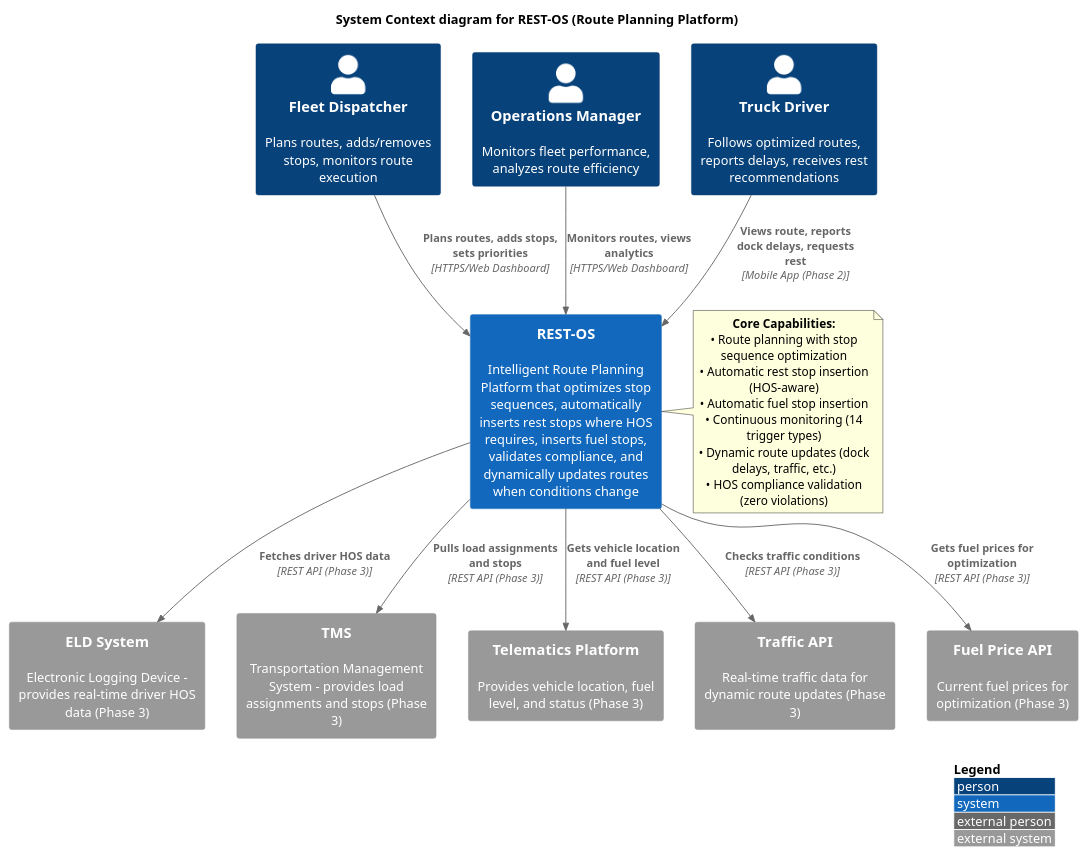
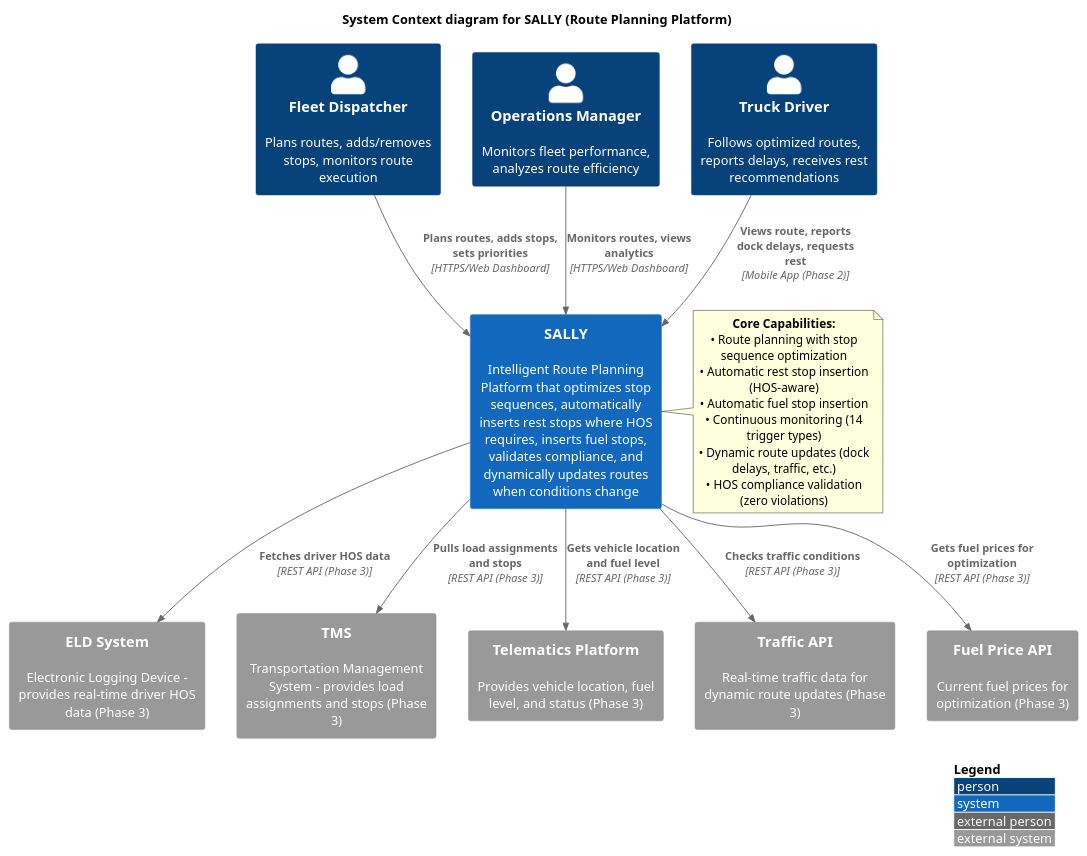
Before and after one commit to app-shore/sally: the diagram in .docs/architecture/c4-level1-context.puml, drawn with PlantUML. The commit also changed 38 other files, not shown here.

```diff
--- a/.docs/architecture/c4-level1-context.puml
+++ b/.docs/architecture/c4-level1-context.puml
@@ -1,40 +1,40 @@
 @startuml C4_Context
 !include https://raw.githubusercontent.com/plantuml-stdlib/C4-PlantUML/master/C4_Context.puml
 
 LAYOUT_WITH_LEGEND()
 
-title System Context diagram for REST-OS (Route Planning Platform)
+title System Context diagram for SALLY (Route Planning Platform)
 
 Person(dispatcher, "Fleet Dispatcher", "Plans routes, adds/removes stops, monitors route execution")
 Person(operations, "Operations Manager", "Monitors fleet performance, analyzes route efficiency")
 Person(driver, "Truck Driver", "Follows optimized routes, reports delays, receives rest recommendations")
 
-System(restos, "REST-OS", "Intelligent Route Planning Platform that optimizes stop sequences, automatically inserts rest stops where HOS requires, inserts fuel stops, validates compliance, and dynamically updates routes when conditions change")
+System(restos, "SALLY", "Intelligent Route Planning Platform that optimizes stop sequences, automatically inserts rest stops where HOS requires, inserts fuel stops, validates compliance, and dynamically updates routes when conditions change")
 
 System_Ext(eld, "ELD System", "Electronic Logging Device - provides real-time driver HOS data (Phase 3)")
 System_Ext(tms, "TMS", "Transportation Management System - provides load assignments and stops (Phase 3)")
 System_Ext(telematics, "Telematics Platform", "Provides vehicle location, fuel level, and status (Phase 3)")
 System_Ext(traffic, "Traffic API", "Real-time traffic data for dynamic route updates (Phase 3)")
 System_Ext(fuel_prices, "Fuel Price API", "Current fuel prices for optimization (Phase 3)")
 
 Rel(dispatcher, restos, "Plans routes, adds stops, sets priorities", "HTTPS/Web Dashboard")
 Rel(operations, restos, "Monitors routes, views analytics", "HTTPS/Web Dashboard")
 Rel(driver, restos, "Views route, reports dock delays, requests rest", "Mobile App (Phase 2)")
 
 Rel(restos, eld, "Fetches driver HOS data", "REST API (Phase 3)")
 Rel(restos, tms, "Pulls load assignments and stops", "REST API (Phase 3)")
 Rel(restos, telematics, "Gets vehicle location and fuel level", "REST API (Phase 3)")
 Rel(restos, traffic, "Checks traffic conditions", "REST API (Phase 3)")
 Rel(restos, fuel_prices, "Gets fuel prices for optimization", "REST API (Phase 3)")
 
 note right of restos
   **Core Capabilities:**
   • Route planning with stop sequence optimization
   • Automatic rest stop insertion (HOS-aware)
   • Automatic fuel stop insertion
   • Continuous monitoring (14 trigger types)
   • Dynamic route updates (dock delays, traffic, etc.)
   • HOS compliance validation (zero violations)
 end note
 
 @enduml
```
